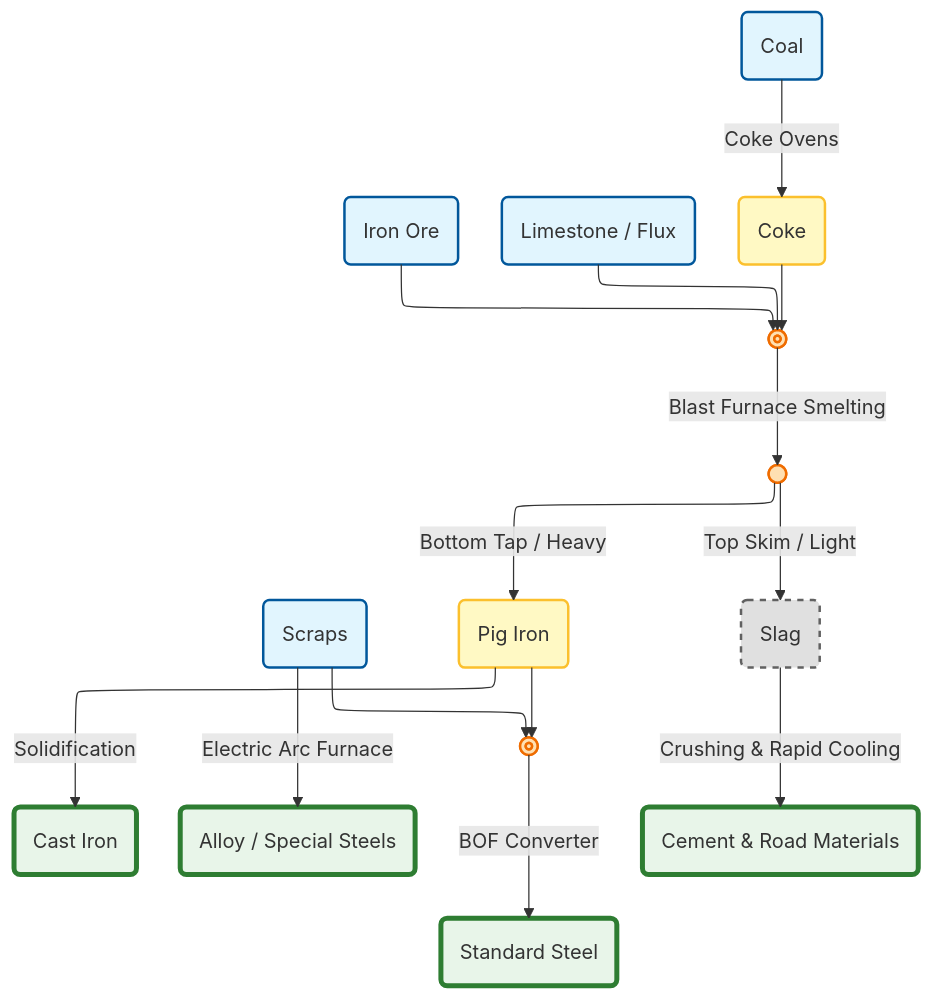
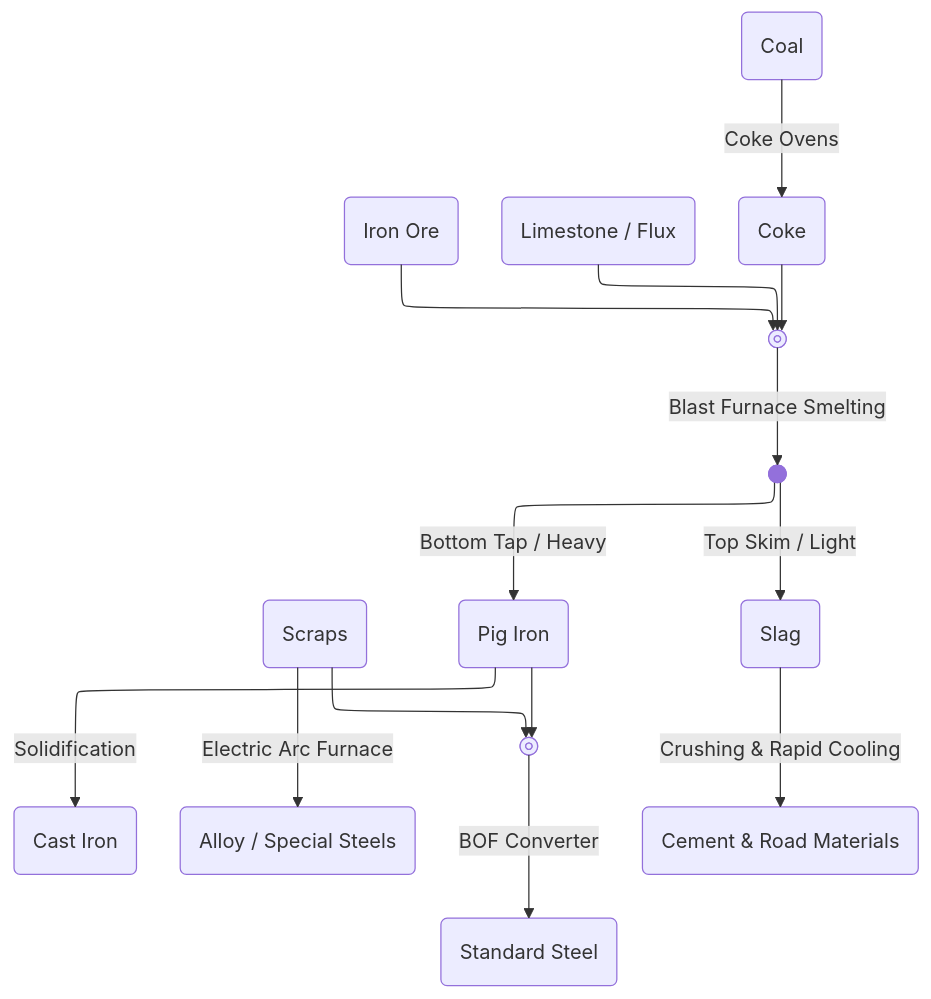
One commit to Theuntextured/Engineering-Notes changed the diagram in content/Technology of Metallic Materials/Steel Production.md. Above: the diagram before and after it, drawn with Mermaid.

Commit message:
Published multiple files

````diff
--- a/content/Technology of Metallic Materials/Steel Production.md
+++ b/content/Technology of Metallic Materials/Steel Production.md
@@ -1,59 +1,54 @@
 ```mermaid
 ---
 config:
   layout: elk
 ---
 
 graph TD
     Coal(Coal)
     Ore(Iron Ore)
     Flux(Limestone / Flux)
     Scraps(Scraps)
 
     Coke(Coke)
     Separation((Separation <br/> Density Sorting))
     Pig(Pig Iron)
     Slag(Slag)
     
     Cast(Cast Iron)
     Steel(Standard Steel)
     Alloy(Alloy / Special Steels)
     Cement(Cement & Road Materials)
 
 
     Coal -->|Coke Ovens| Coke
 
     Ore --> CombineBF
     Coke --> CombineBF
     Flux --> CombineBF
     
     CombineBF -->|Blast Furnace Smelting| Separation
 
     Separation -->|Bottom Tap / Heavy| Pig
     Separation -->|Top Skim / Light| Slag
 
     Slag -->|Crushing & Rapid Cooling| Cement
 
     Pig -->|Solidification| Cast
     
     Pig --> CombineBOF
     Scraps --> CombineBOF
     CombineBOF -->|BOF Converter| Steel
 
     Scraps -->|Electric Arc Furnace| Alloy
 
-    classDef raw fill:#e1f5fe,stroke:#01579b,stroke-width:2px;
-    classDef inter fill:#fff9c4,stroke:#fbc02d,stroke-width:2px;
-    classDef final fill:#e8f5e9,stroke:#2e7d32,stroke-width:4px;
-    classDef waste fill:#e0e0e0,stroke:#616161,stroke-width:2px,stroke-dasharray: 5 5;
-    classDef node fill:#ffe0b2,stroke:#ef6c00,stroke-width:2px,shape:circle;
-    
+
     class Coal,Ore,Scraps,Flux raw;
     class Coke,Pig inter;
     class Cast,Steel,Alloy,Cement final;
     class Slag waste;
     Separation@{shape: f-circ, label: "Separate"};
 
     CombineBF@{ shape: framed-circle, label: "Burden Mix" }
     CombineBOF@{ shape: framed-circle, label: "Charge Mix" }
 ```
````
